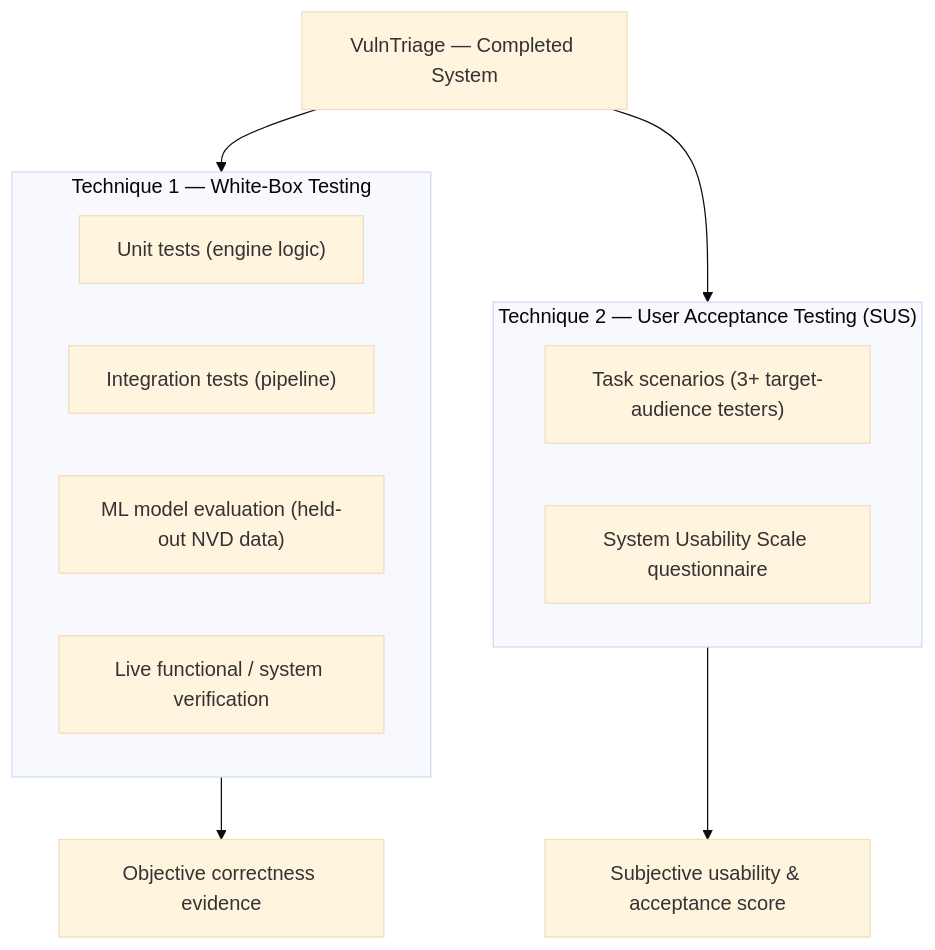
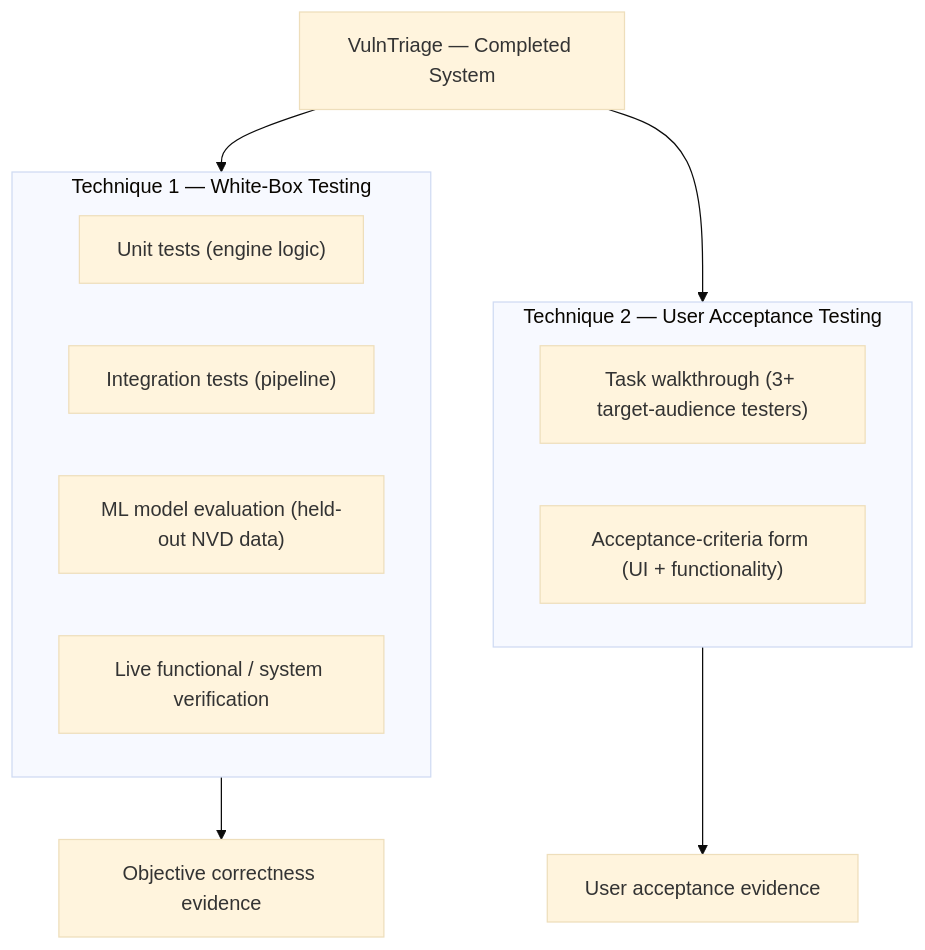
One commit to raabindra/VulnTriage changed the diagram in docs/CHAPTER_5_RESULT_AND_DISCUSSION.md. Above: the diagram before and after it, drawn with Mermaid (base theme). The commit also changed other lines of this file and 1 other file, not shown here.

First line of the commit message:
docs: rework Chapter 5 UAT to acceptance-form format (matches uni sample)

````diff
--- a/docs/CHAPTER_5_RESULT_AND_DISCUSSION.md
+++ b/docs/CHAPTER_5_RESULT_AND_DISCUSSION.md
@@ -26,18 +29,18 @@
 ```mermaid
 flowchart TB
     SUT["VulnTriage — Completed System"]
     subgraph WB["Technique 1 — White-Box Testing"]
         UT["Unit tests (engine logic)"]
         IT["Integration tests (pipeline)"]
         ME["ML model evaluation (held-out NVD data)"]
         FV["Live functional / system verification"]
     end
-    subgraph UAT["Technique 2 — User Acceptance Testing (SUS)"]
-        TS["Task scenarios (3+ target-audience testers)"]
-        SUS["System Usability Scale questionnaire"]
+    subgraph UAT["Technique 2 — User Acceptance Testing"]
+        TS["Task walkthrough (3+ target-audience testers)"]
+        AF["Acceptance-criteria form (UI + functionality)"]
     end
     SUT --> WB
     SUT --> UAT
     WB --> R1["Objective correctness evidence"]
-    UAT --> R2["Subjective usability & acceptance score"]
+    UAT --> R2["User acceptance evidence"]
 ```
````
